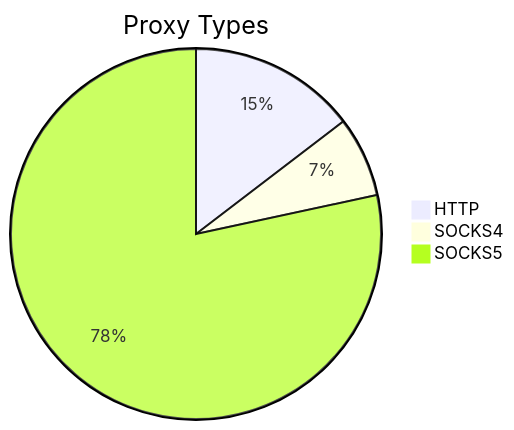
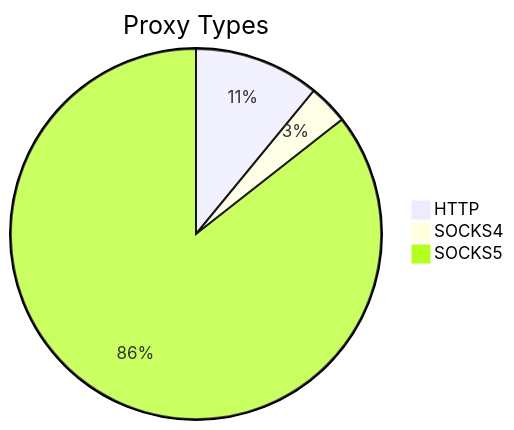
One commit to stormsia/proxy-list changed the first of 2 diagrams in README.md. Above: the diagram before and after it, drawn with Mermaid. The commit also changed other lines of this file, not shown here.

````diff
--- a/README.md
+++ b/README.md
@@ -21,6 +21,6 @@
 ```mermaid
 pie title Proxy Types
-    "HTTP" : 150
-    "SOCKS4" : 72
-    "SOCKS5" : 805
+    "HTTP" : 104
+    "SOCKS4" : 33
+    "SOCKS5" : 813
 ```
````
